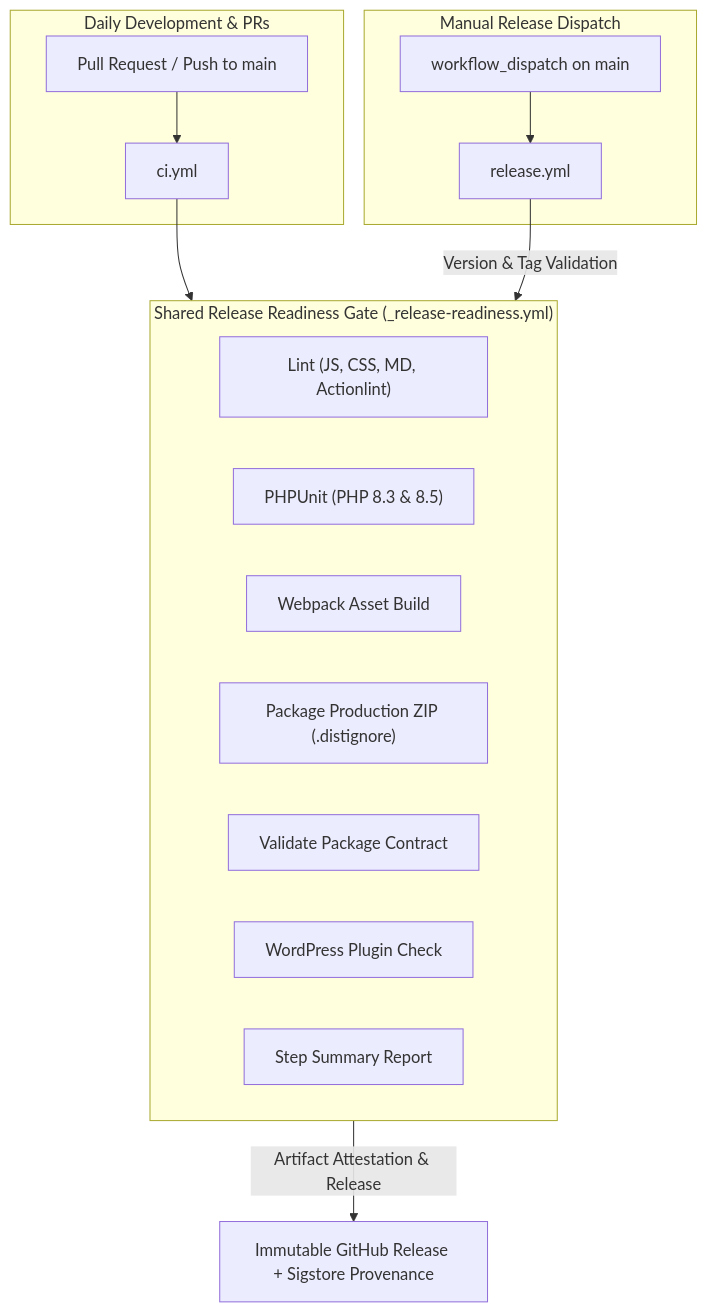
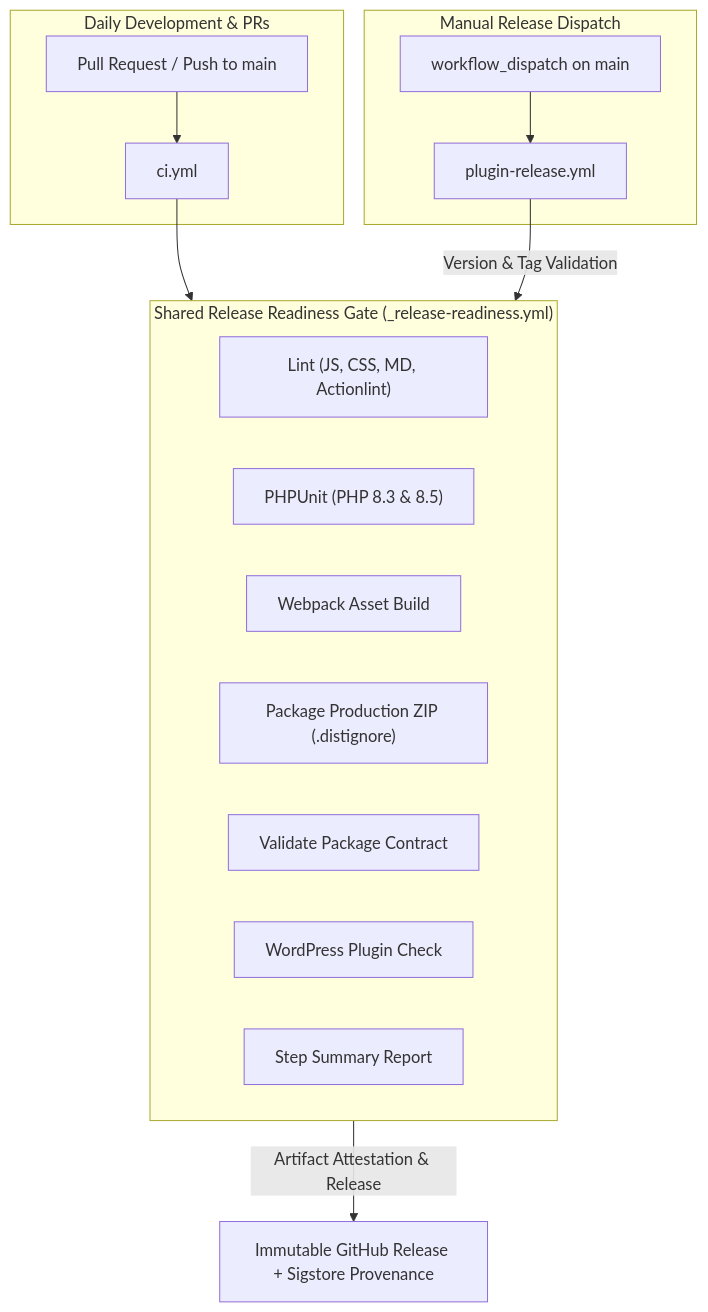
The diagram in docs/devops/README.md (blackandcode/ai-ready-wp-plugin-boilerplate), drawn with Mermaid before and after one commit. The commit also changed other lines of this file and 57 other files, not shown here.

````diff
--- a/docs/devops/README.md
+++ b/docs/devops/README.md
@@ -20,24 +20,24 @@
 ```mermaid
 flowchart TD
     subgraph Trigger1 ["Daily Development & PRs"]
         PR["Pull Request / Push to main"] --> CI["ci.yml"]
     end
 
     subgraph Trigger2 ["Manual Release Dispatch"]
-        Manual["workflow_dispatch on main"] --> Rel["release.yml"]
+        Manual["workflow_dispatch on main"] --> Rel["plugin-release.yml"]
     end
 
     subgraph ReusableGate ["Shared Release Readiness Gate (_release-readiness.yml)"]
         Linter["Lint (JS, CSS, MD, Actionlint)"]
         Matrix["PHPUnit (PHP 8.3 & 8.5)"]
         AssetBuild["Webpack Asset Build"]
         PkgBuild["Package Production ZIP (.distignore)"]
         Contract["Validate Package Contract"]
         WPCheck["WordPress Plugin Check"]
         Summary["Step Summary Report"]
     end
 
     CI --> ReusableGate
     Rel -->|"Version & Tag Validation"| ReusableGate
     ReusableGate -->|"Artifact Attestation & Release"| GitHubRelease["Immutable GitHub Release + Sigstore Provenance"]
 ```
````
